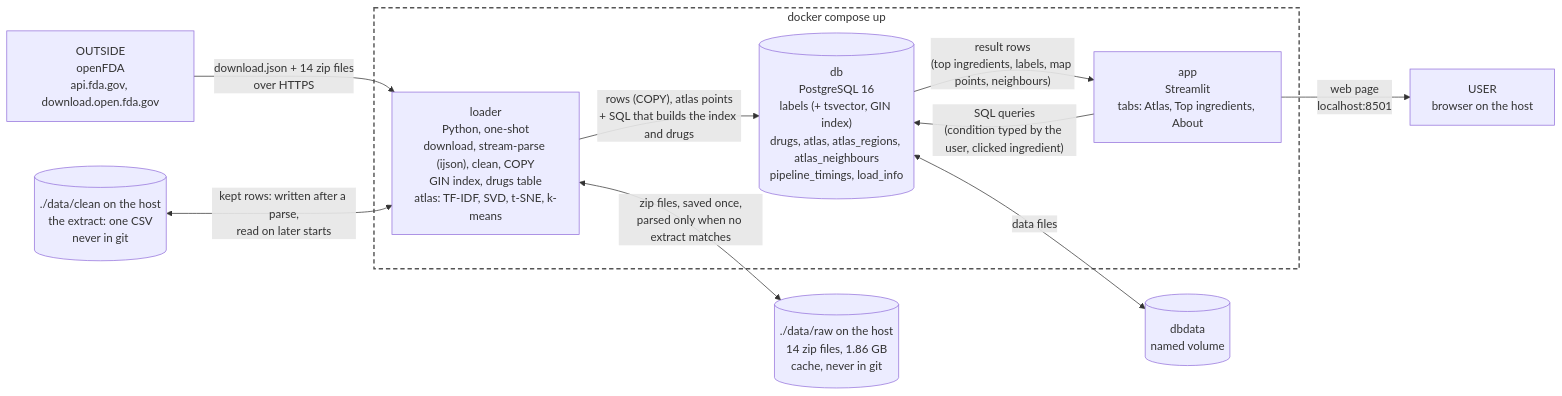
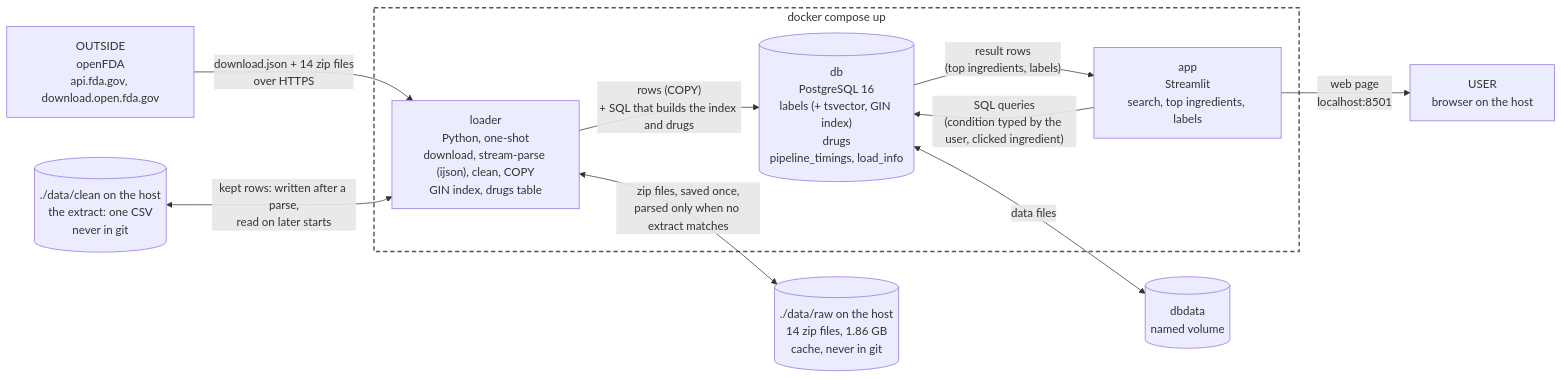
One commit to giulicastelli/drug-explorer changed the diagram in docs/architecture.mmd. Above: the diagram before and after it, drawn with Mermaid. The commit also changed 3 other files, not shown here.

Commit message:
Remove the atlas from compose and the diagram

```diff
--- a/docs/architecture.mmd
+++ b/docs/architecture.mmd
@@ -1,25 +1,25 @@
 %% Architecture: boxes inside the dashed line are containers; arrows go the way data moves; labels say what moves.
 flowchart LR
     fda["OUTSIDE<br/>openFDA<br/>api.fda.gov, download.open.fda.gov"]
     raw[("./data/raw on the host<br/>14 zip files, 1.86 GB<br/>cache, never in git")]
     clean[("./data/clean on the host<br/>the extract: one CSV<br/>never in git")]
     browser["USER<br/>browser on the host"]
 
     subgraph compose ["docker compose up"]
-        loader["loader<br/>Python, one-shot<br/>download, stream-parse (ijson), clean, COPY<br/>GIN index, drugs table<br/>atlas: TF-IDF, SVD, t-SNE, k-means"]
-        db[("db<br/>PostgreSQL 16<br/>labels (+ tsvector, GIN index)<br/>drugs, atlas, atlas_regions, atlas_neighbours<br/>pipeline_timings, load_info")]
-        app["app<br/>Streamlit<br/>tabs: Atlas, Top ingredients, About"]
+        loader["loader<br/>Python, one-shot<br/>download, stream-parse (ijson), clean, COPY<br/>GIN index, drugs table"]
+        db[("db<br/>PostgreSQL 16<br/>labels (+ tsvector, GIN index)<br/>drugs<br/>pipeline_timings, load_info")]
+        app["app<br/>Streamlit<br/>search, top ingredients, labels"]
     end
 
     vol[("dbdata<br/>named volume")]
 
     fda -- "download.json + 14 zip files<br/>over HTTPS" --> loader
     loader <-- "zip files, saved once,<br/>parsed only when no extract matches" --> raw
     clean <-- "kept rows: written after a parse,<br/>read on later starts" --> loader
-    loader -- "rows (COPY), atlas points<br/>+ SQL that builds the index and drugs" --> db
+    loader -- "rows (COPY)<br/>+ SQL that builds the index and drugs" --> db
     db <-- "data files" --> vol
     app -- "SQL queries<br/>(condition typed by the user, clicked ingredient)" --> db
-    db -- "result rows<br/>(top ingredients, labels, map points, neighbours)" --> app
+    db -- "result rows<br/>(top ingredients, labels)" --> app
     app -- "web page<br/>localhost:8501" --> browser
 
     style compose fill:none,stroke:#555,stroke-width:2px,stroke-dasharray: 6 4
```
